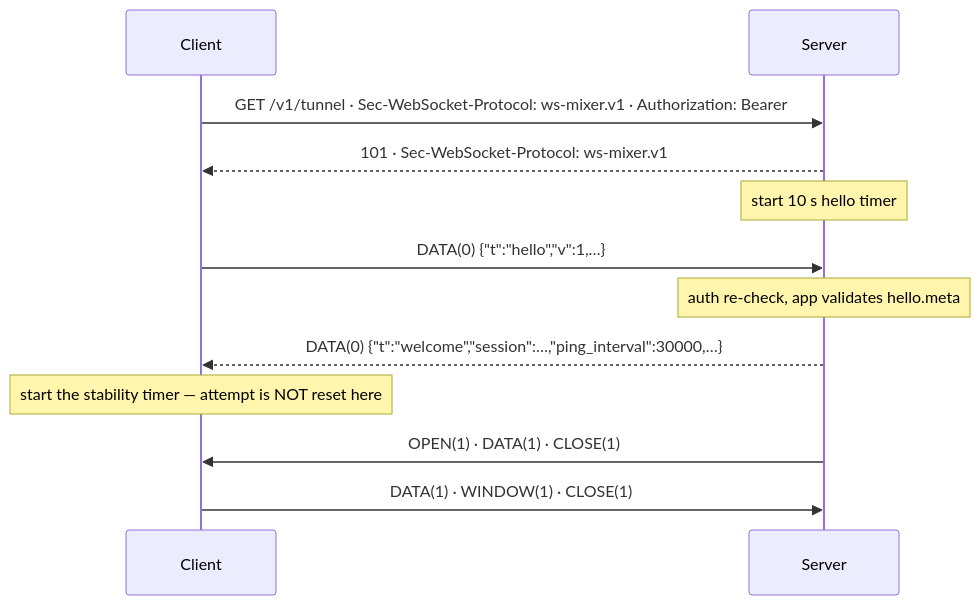
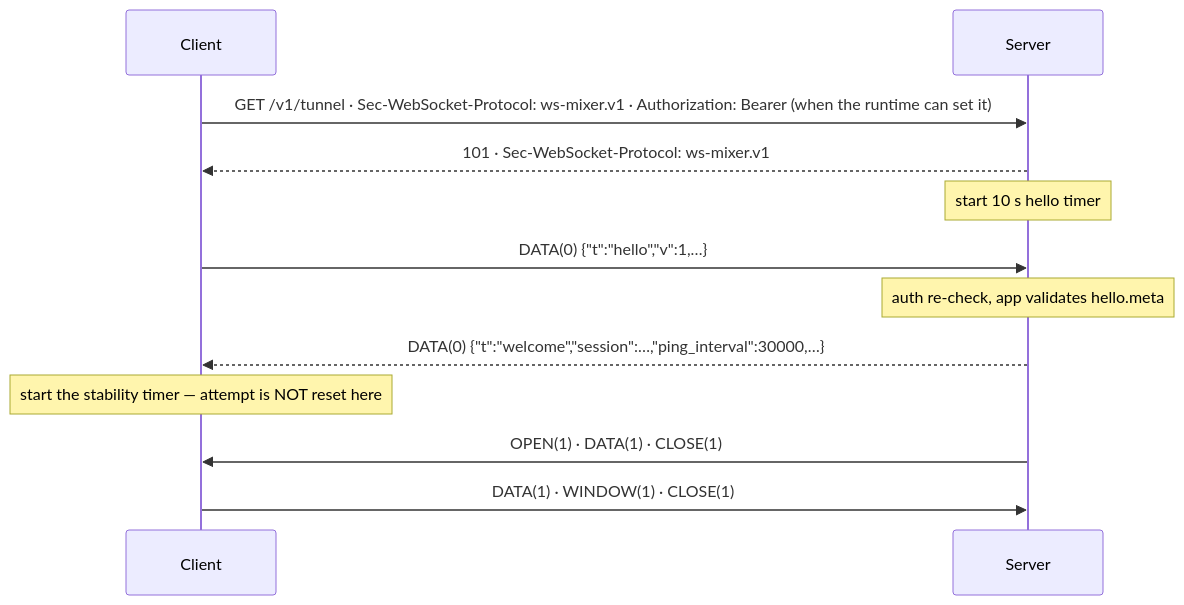
The second of 4 diagrams in docs/WIRE.md (mcpwarp/ws-mixer-spec), drawn with Mermaid before and after one commit. The commit also changed other lines of this file and 4 other files, not shown here.

````diff
--- a/docs/WIRE.md
+++ b/docs/WIRE.md
@@ -441,14 +443,14 @@
 ```mermaid
 sequenceDiagram
     participant C as Client
     participant S as Server
-    C->>S: GET /v1/tunnel · Sec-WebSocket-Protocol: ws-mixer.v1 · Authorization: Bearer
+    C->>S: GET /v1/tunnel · Sec-WebSocket-Protocol: ws-mixer.v1 · Authorization: Bearer (when the runtime can set it)
     S-->>C: 101 · Sec-WebSocket-Protocol: ws-mixer.v1
     Note over S: start 10 s hello timer
     C->>S: DATA(0) {"t":"hello","v":1,…}
     Note over S: auth re-check, app validates hello.meta
     S-->>C: DATA(0) {"t":"welcome","session":…,"ping_interval":30000,…}
     Note over C: start the stability timer — attempt is NOT reset here
     S->>C: OPEN(1) · DATA(1) · CLOSE(1)
     C->>S: DATA(1) · WINDOW(1) · CLOSE(1)
 ```
````
